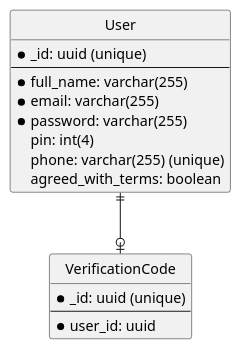
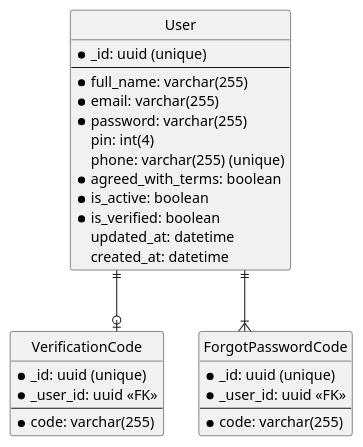
Before and after one commit to SuriDevs/suribank-docs: the diagram in Diagrams/ERD/UserServiceERD.puml, drawn with PlantUML.

Commit message:
docs(user_erd): update fields and relationships

```diff
--- a/Diagrams/ERD/UserServiceERD.puml
+++ b/Diagrams/ERD/UserServiceERD.puml
@@ -1,26 +1,39 @@
 @startuml
 'https://plantuml.com/ie-diagram
 
 hide circle
 skinparam linetype ortho
 
 entity "User" as user {
 * _id: uuid (unique)
 --
 * full_name: varchar(255)
 * email: varchar(255)
 * password: varchar(255)
 pin: int(4)
 phone: varchar(255) (unique)
-agreed_with_terms: boolean
+* agreed_with_terms: boolean
+* is_active: boolean
+* is_verified: boolean
+updated_at: datetime
+created_at: datetime
 }
 
 entity "VerificationCode" as verification_code {
 * _id: uuid (unique)
+* _user_id: uuid <<FK>>
 --
-* user_id: uuid
+* code: varchar(255)
+}
+
+entity "ForgotPasswordCode" as forgot_password_code {
+* _id: uuid (unique)
+* _user_id: uuid <<FK>>
+--
+* code: varchar(255)
 }
 
 ' Relationships
 user ||--o| verification_code
+user ||--|{ forgot_password_code
 @enduml
```
